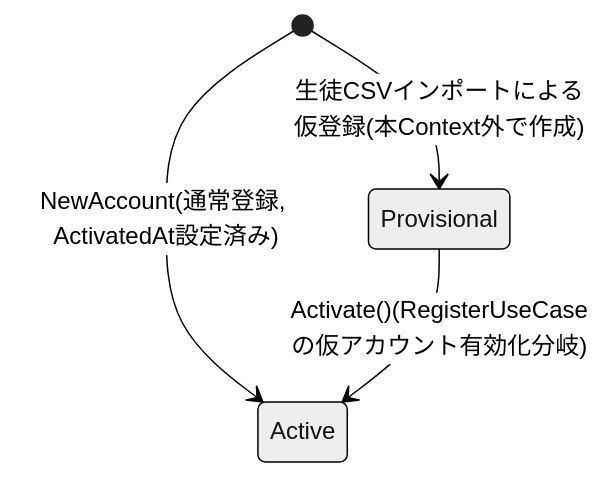
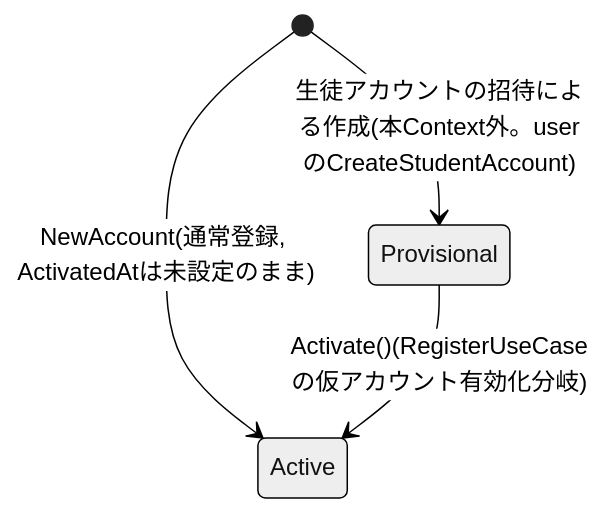
One commit to yuta20253/edu-platform-go-design changed the third of 7 diagrams in 計画書/Go実装仕様書/認証機能_Go実装仕様書.md. Above: the diagram before and after it, drawn with Mermaid (neutral theme). The commit also changed other lines of this file and 34 other files, not shown here.

````diff
--- a/計画書/Go実装仕様書/認証機能_Go実装仕様書.md
+++ b/計画書/Go実装仕様書/認証機能_Go実装仕様書.md
@@ -536,6 +569,6 @@
 ```mermaid
 stateDiagram-v2
-    [*] --> Active : NewAccount(通常登録, ActivatedAt設定済み)
-    [*] --> Provisional : 生徒CSVインポートによる仮登録(本Context外で作成)
+    [*] --> Active : NewAccount(通常登録, ActivatedAtは未設定のまま)
+    [*] --> Provisional : 生徒アカウントの招待による作成(本Context外。userのCreateStudentAccount)
     Provisional --> Active : Activate()(RegisterUseCaseの仮アカウント有効化分岐)
 ```
````
